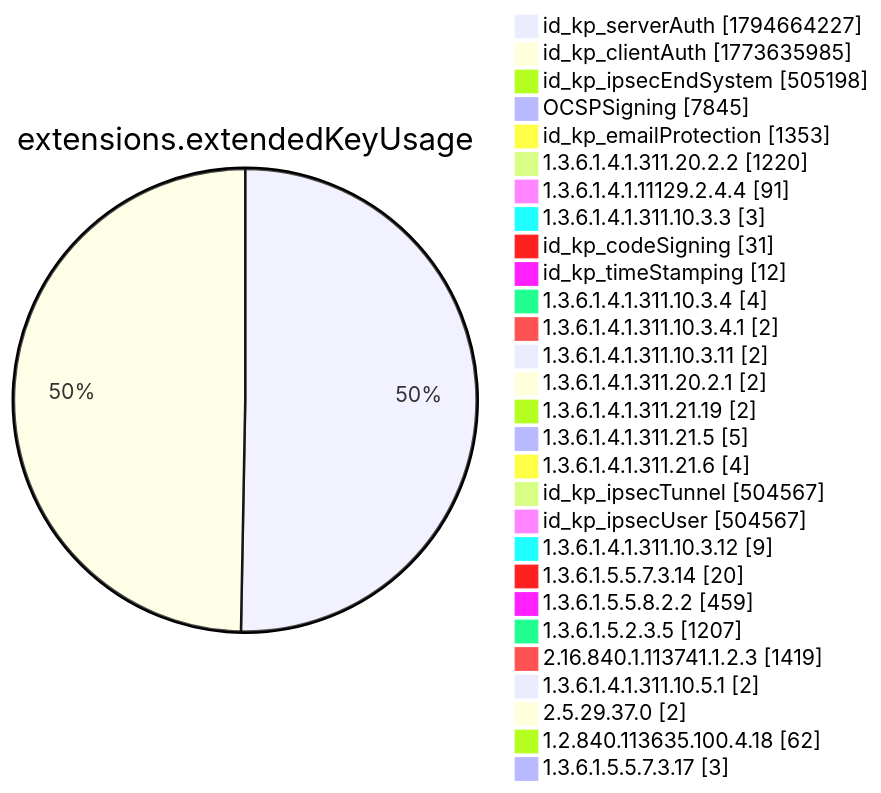
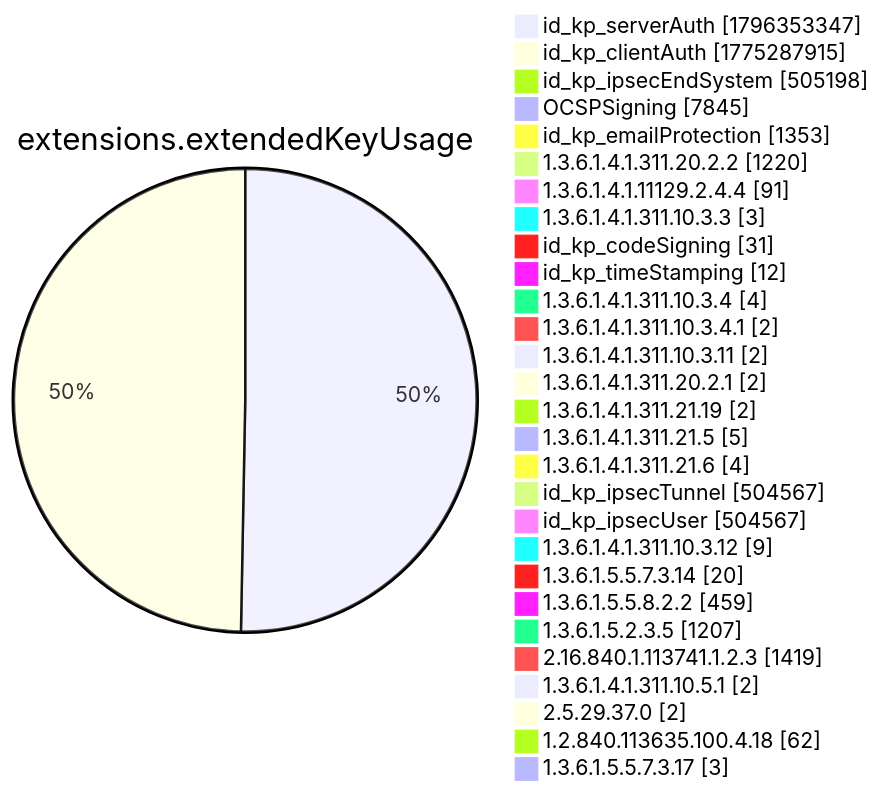
Before and after one commit to christiankrug/ctmonitor_visualization: diagram 12 of 15 in xenon2022/README.md, drawn with Mermaid. The commit also changed other lines of this file, not shown here.

````diff
--- a/xenon2022/README.md
+++ b/xenon2022/README.md
@@ -3895,32 +3895,32 @@
 ```mermaid
 pie showData
 title extensions.extendedKeyUsage
-"id_kp_serverAuth" :1794664227
-"id_kp_clientAuth" :1773635985
+"id_kp_serverAuth" :1796353347
+"id_kp_clientAuth" :1775287915
 "id_kp_ipsecEndSystem" :505198
 "OCSPSigning" :7845
 "id_kp_emailProtection" :1353
 "1.3.6.1.4.1.311.20.2.2" :1220
 "1.3.6.1.4.1.11129.2.4.4" :91
 "1.3.6.1.4.1.311.10.3.3" :3
 "id_kp_codeSigning" :31
 "id_kp_timeStamping" :12
 "1.3.6.1.4.1.311.10.3.4" :4
 "1.3.6.1.4.1.311.10.3.4.1" :2
 "1.3.6.1.4.1.311.10.3.11" :2
 "1.3.6.1.4.1.311.20.2.1" :2
 "1.3.6.1.4.1.311.21.19" :2
 "1.3.6.1.4.1.311.21.5" :5
 "1.3.6.1.4.1.311.21.6" :4
 "id_kp_ipsecTunnel" :504567
 "id_kp_ipsecUser" :504567
 "1.3.6.1.4.1.311.10.3.12" :9
 "1.3.6.1.5.5.7.3.14" :20
 "1.3.6.1.5.5.8.2.2" :459
 "1.3.6.1.5.2.3.5" :1207
 "2.16.840.1.113741.1.2.3" :1419
 "1.3.6.1.4.1.311.10.5.1" :2
 "2.5.29.37.0" :2
 "1.2.840.113635.100.4.18" :62
 "1.3.6.1.5.5.7.3.17" :3
 ```
````
